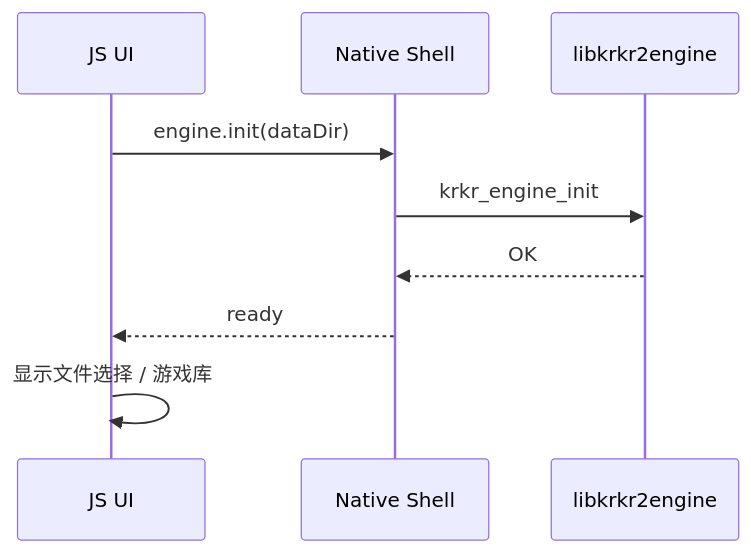
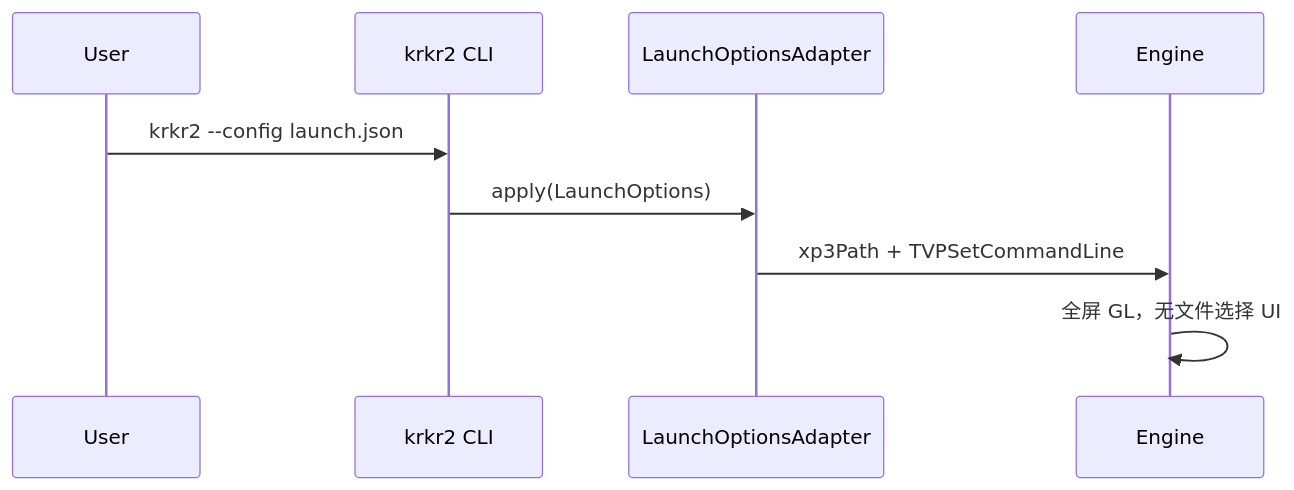
The second of 4 diagrams in docs/ui/architecture.md (flosnvjx/krkr2), drawn with Mermaid before and after one commit. The commit also changed other lines of this file and 13 other files, not shown here.

````diff
--- a/docs/ui/architecture.md
+++ b/docs/ui/architecture.md
@@ -140,12 +148,12 @@
 ```mermaid
 sequenceDiagram
-    participant UI as JS UI
-    participant Shell as Native Shell
-    participant Eng as libkrkr2engine
+    participant User
+    participant CLI as krkr2 CLI
+    participant Ad as LaunchOptionsAdapter
+    participant Eng as Engine
 
-    UI->>Shell: engine.init(dataDir)
-    Shell->>Eng: krkr_engine_init
-    Eng-->>Shell: OK
-    Shell-->>UI: ready
-    UI->>UI: 显示文件选择 / 游戏库
+    User->>CLI: krkr2 --config launch.json
+    CLI->>Ad: apply(LaunchOptions)
+    Ad->>Eng: xp3Path + TVPSetCommandLine
+    Eng->>Eng: 全屏 GL，无文件选择 UI
 ```
````
